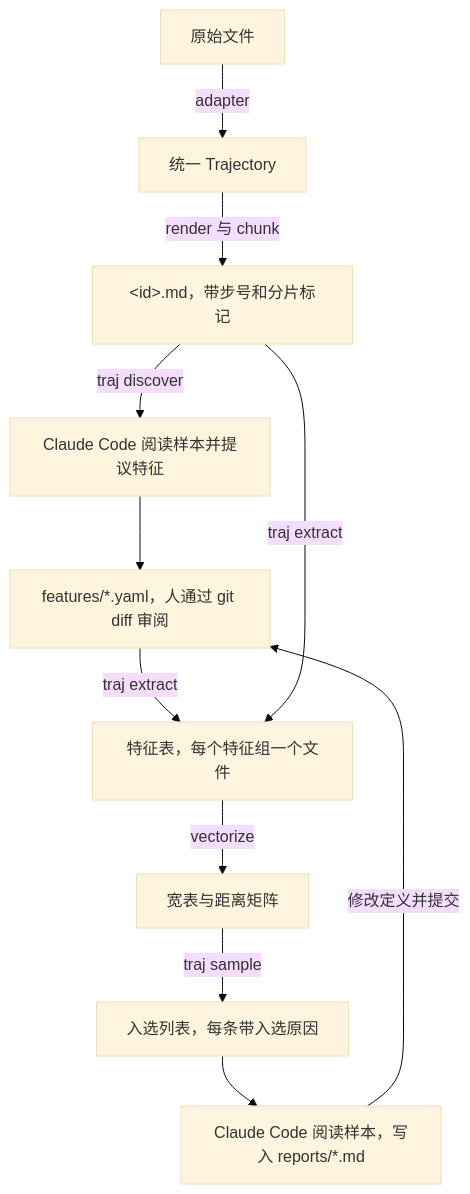
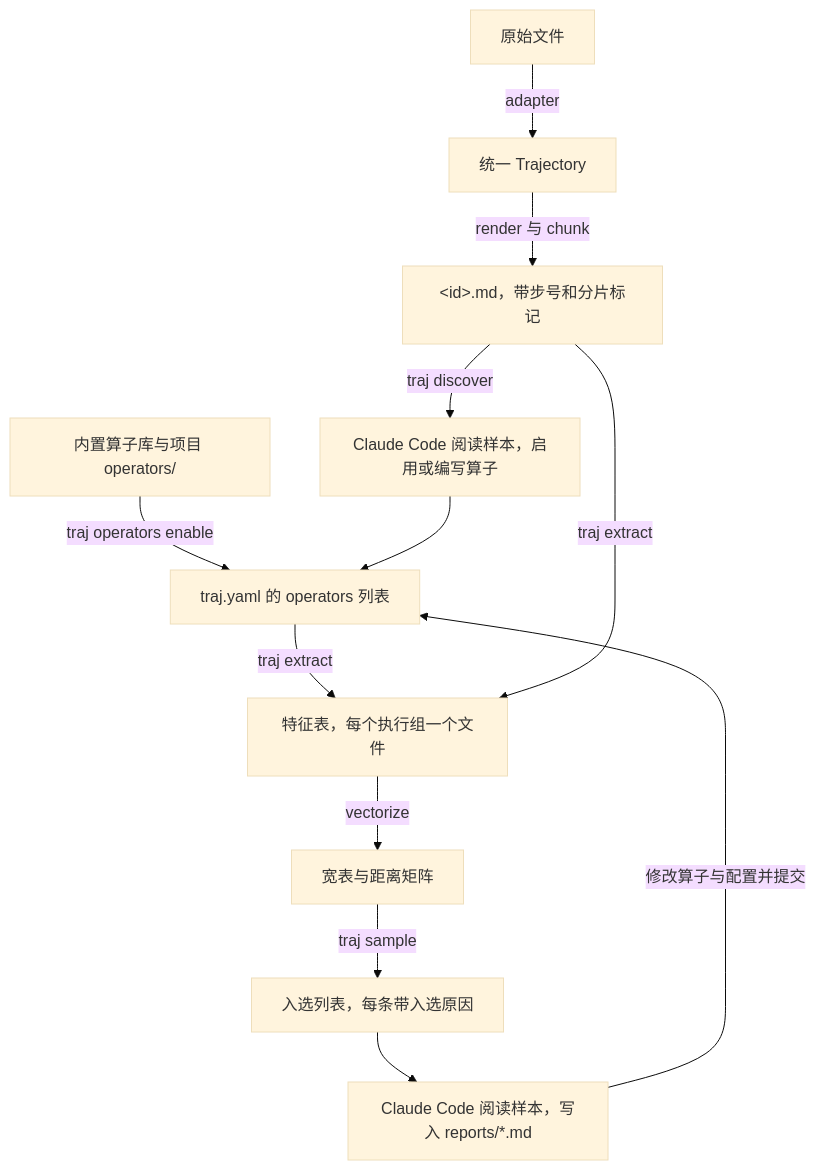
One commit to Lincyaw/traj-analyzer changed the diagram in docs/design.md. Above: the diagram before and after it, drawn with Mermaid (base theme). The commit also changed other lines of this file and 30 other files, not shown here.

First line of the commit message:
Turn features into an operator library

````diff
--- a/docs/design.md
+++ b/docs/design.md
@@ -13,13 +13,14 @@
 ```mermaid
 flowchart TD
     raw[原始文件] -->|adapter| unified[统一 Trajectory]
     unified -->|render 与 chunk| md["&lt;id&gt;.md，带步号和分片标记"]
-    md -->|traj discover| propose[Claude Code 阅读样本并提议特征]
-    propose --> yaml["features/*.yaml，人通过 git diff 审阅"]
-    yaml -->|traj extract| table[特征表，每个特征组一个文件]
+    library[内置算子库与项目 operators/] -->|traj operators enable| config["traj.yaml 的 operators 列表"]
+    md -->|traj discover| propose[Claude Code 阅读样本，启用或编写算子]
+    propose --> config
+    config -->|traj extract| table[特征表，每个执行组一个文件]
     md -->|traj extract| table
     table -->|vectorize| frame[宽表与距离矩阵]
     frame -->|traj sample| picks[入选列表，每条带入选原因]
     picks --> report["Claude Code 阅读样本，写入 reports/*.md"]
-    report -->|修改定义并提交| yaml
+    report -->|修改算子与配置并提交| config
 ```
````
